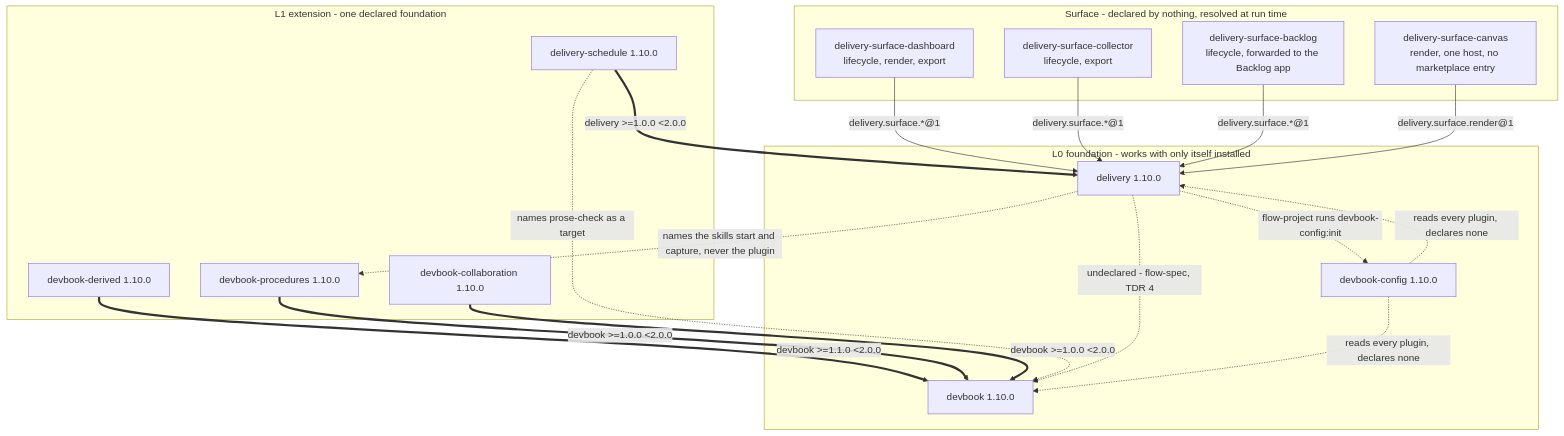
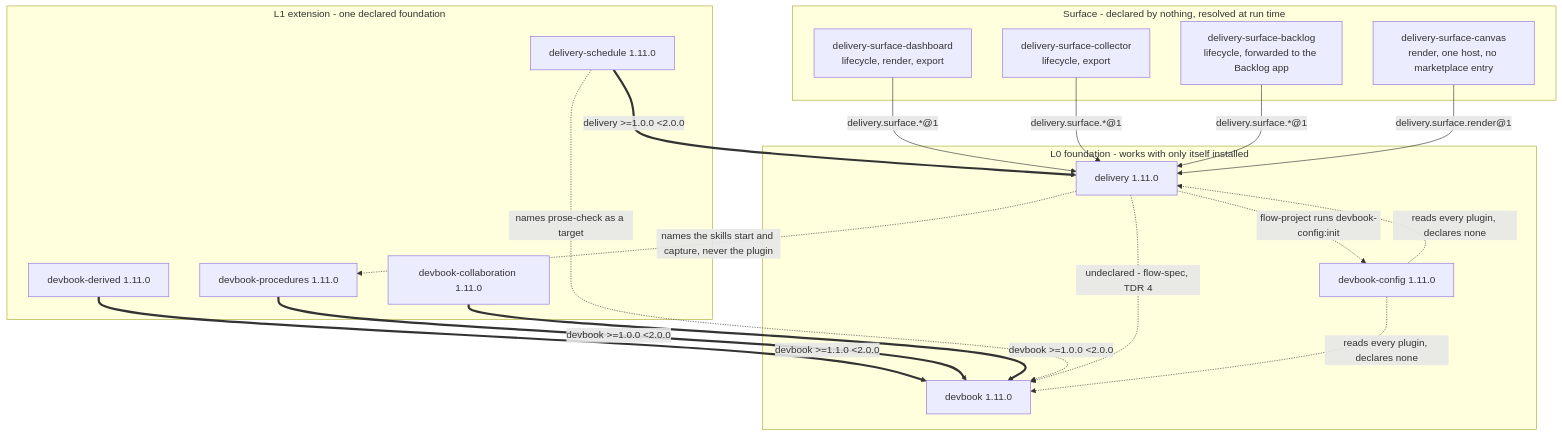
One commit to JSdotNet/ai-agent-stack changed the first of 3 diagrams in .devbook/arc42/05-building-block-view.md. Above: the diagram before and after it, drawn with Mermaid. The commit also changed 24 other files, not shown here.

````diff
--- a/.devbook/arc42/05-building-block-view.md
+++ b/.devbook/arc42/05-building-block-view.md
@@ -28,39 +28,39 @@
 ```mermaid
 flowchart TB
     subgraph L0["L0 foundation - works with only itself installed"]
-        DEV["devbook 1.10.0"]
-        DEL["delivery 1.10.0"]
-        CFG["devbook-config 1.10.0"]
+        DEV["devbook 1.11.0"]
+        DEL["delivery 1.11.0"]
+        CFG["devbook-config 1.11.0"]
     end
 
     subgraph L1["L1 extension - one declared foundation"]
-        DBD["devbook-derived 1.10.0"]
-        DPR["devbook-procedures 1.10.0"]
-        DBC["devbook-collaboration 1.10.0"]
-        SCH["delivery-schedule 1.10.0"]
+        DBD["devbook-derived 1.11.0"]
+        DPR["devbook-procedures 1.11.0"]
+        DBC["devbook-collaboration 1.11.0"]
+        SCH["delivery-schedule 1.11.0"]
     end
 
     subgraph SURF["Surface - declared by nothing, resolved at run time"]
         SD["delivery-surface-dashboard<br/>lifecycle, render, export"]
         SL["delivery-surface-collector<br/>lifecycle, export"]
         SB["delivery-surface-backlog<br/>lifecycle, forwarded to the Backlog app"]
         SC["delivery-surface-canvas<br/>render, one host, no marketplace entry"]
     end
 
     DBD ==>|"devbook >=1.1.0 &lt;2.0.0"| DEV
     DPR ==>|"devbook >=1.0.0 &lt;2.0.0"| DEV
     DBC ==>|"devbook >=1.0.0 &lt;2.0.0"| DEV
     SCH ==>|"delivery >=1.0.0 &lt;2.0.0"| DEL
 
     SD -->|"delivery.surface.*@1"| DEL
     SL -->|"delivery.surface.*@1"| DEL
     SB -->|"delivery.surface.*@1"| DEL
     SC -->|"delivery.surface.render@1"| DEL
 
     SCH -.->|"names prose-check as a target"| DEV
     DEL -.->|"undeclared - flow-spec, TDR 4"| DEV
     DEL -.->|"names the skills start and capture, never the plugin"| DPR
     CFG -.->|"reads every plugin, declares none"| DEV
     CFG -.->|"reads every plugin, declares none"| DEL
     DEL -.->|"flow-project runs devbook-config:init"| CFG
 ```
````
